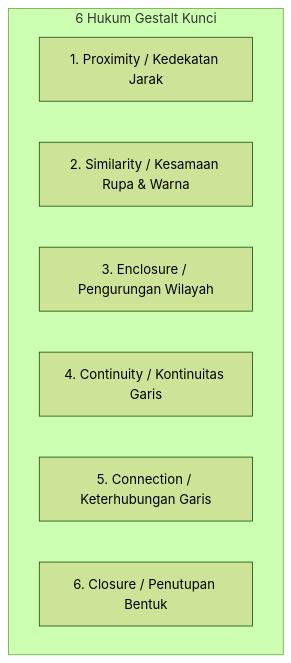
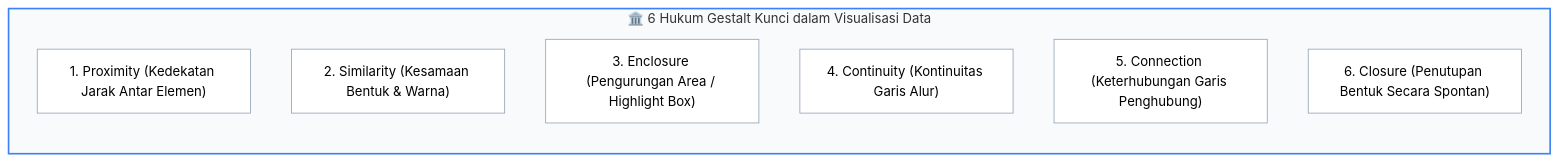
The diagram in docs/visualisasi-data/02-persepsi-visual-gestalt.md (mahendaruui/Perkuliahan), drawn with Mermaid (forest theme) before and after one commit. The commit also changed 7 other files, not shown here.

Commit message:
refactor: update visual assets and Mermaid diagrams with standardized styling and formatting across course documentation

````diff
--- a/docs/visualisasi-data/02-persepsi-visual-gestalt.md
+++ b/docs/visualisasi-data/02-persepsi-visual-gestalt.md
@@ -39,11 +39,20 @@
 ```mermaid
-graph TD
-    subgraph 6 Hukum Gestalt Kunci
-        G1[1. Proximity / Kedekatan Jarak]
-        G2[2. Similarity / Kesamaan Rupa & Warna]
-        G3[3. Enclosure / Pengurungan Wilayah]
-        G4[4. Continuity / Kontinuitas Garis]
-        G5[5. Connection / Keterhubungan Garis]
-        G6[6. Closure / Penutupan Bentuk]
+flowchart TD
+    subgraph G["🏛️ 6 Hukum Gestalt Kunci dalam Visualisasi Data"]
+        direction TB
+        G1["1. Proximity (Kedekatan Jarak Antar Elemen)"]
+        G2["2. Similarity (Kesamaan Bentuk & Warna)"]
+        G3["3. Enclosure (Pengurungan Area / Highlight Box)"]
+        G4["4. Continuity (Kontinuitas Garis Alur)"]
+        G5["5. Connection (Keterhubungan Garis Penghubung)"]
+        G6["6. Closure (Penutupan Bentuk Secara Spontan)"]
     end
+
+    style G fill:#f8fafc,stroke:#3b82f6,stroke-width:2px
+    style G1 fill:#ffffff,stroke:#94a3b8
+    style G2 fill:#ffffff,stroke:#94a3b8
+    style G3 fill:#ffffff,stroke:#94a3b8
+    style G4 fill:#ffffff,stroke:#94a3b8
+    style G5 fill:#ffffff,stroke:#94a3b8
+    style G6 fill:#ffffff,stroke:#94a3b8
 ```
````
